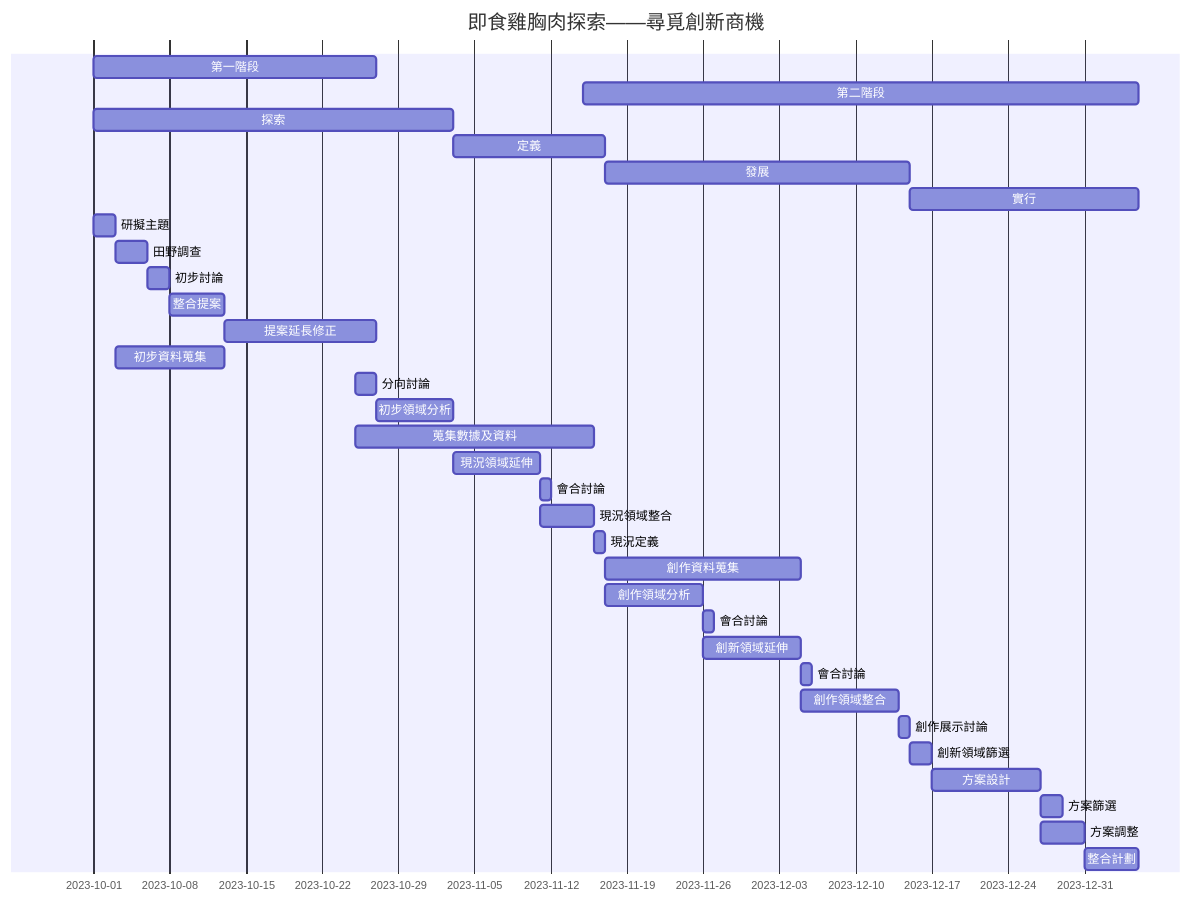
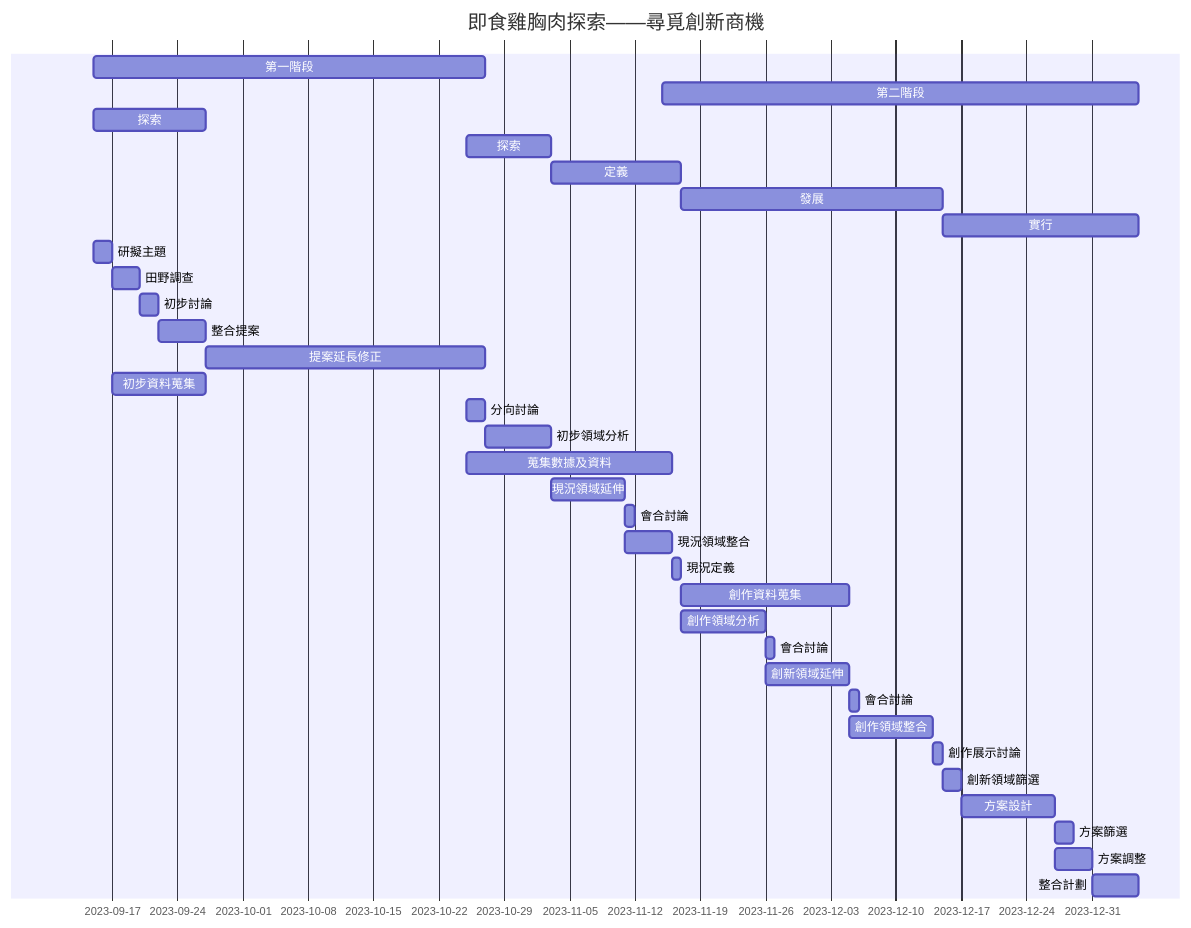
The second of 2 diagrams in README.md (C110134148/T15nT1), drawn with Mermaid before and after one commit.

````diff
--- a/README.md
+++ b/README.md
@@ -55,40 +55,41 @@
 ```mermaid
     gantt
         title 即食雞胸肉探索——尋覓創新商機
-第一階段    : c1, 2023-10-01 ,26d
+第一階段    : c1, 2023-09-15 ,42d
 第二階段    : c2, 2023-11-15 ,51d
-探索    : b1, 2023-10-01 ,33d
-定義    : b2, after b1,14d
+探索    : b1, 2023-09-15 ,12d
+探索    : b5, 2023-10-25 ,9d
+定義    : b2, after b5,14d
 發展    : b3, after b2 ,28d
 實行    : b4, after b3 ,21d
-        研擬主題     : a1, 2023-10-01 ,2d
+        研擬主題     : a1, 2023-09-15 ,2d
         田野調查     : a2, after a1 , 3d
         初步討論     : a4, after a2 , 2d
         整合提案     : a5, after a4 , 5d
 
-        提案延長修正  : a25, after a5 , 14d
+        提案延長修正  : a25, after a5 , 30d
 
         初步資料蒐集    : a3, after a1 , 10d
         分向討論     : a6, 2023-10-25 , 2d
         初步領域分析     : a8 ,after a6 , 7d
         蒐集數據及資料 : a7, 2023-10-25 , 22d
 
         現況領域延伸     : a9, after a8 , 8d
         會合討論     : a10, after a9 , 1d
         現況領域整合     : a11, after a9 , 5d
         現況定義 : a12, after a11 , 1d
 
         創作資料蒐集     : a13 ,after a12 , 18d
         創作領域分析: a14 ,after a12 , 9d
         會合討論     : a16, after a14 , 1d
         創新領域延伸   : a15, after a14 ,9d
         會合討論: a18 ,after a15 , 1d
         創作領域整合: a17 ,after a15 , 9d
         創作展示討論: a19 ,after a17 , 1d
 
 創新領域篩選: a20 ,after a19 , 2d
 方案設計: a21 ,after a20 , 10d
 方案篩選: a22 ,after a21 , 2d
 方案調整: a23 ,after a21 , 4d
 整合計劃: a24 ,after a23 , 5d
 ```
````
